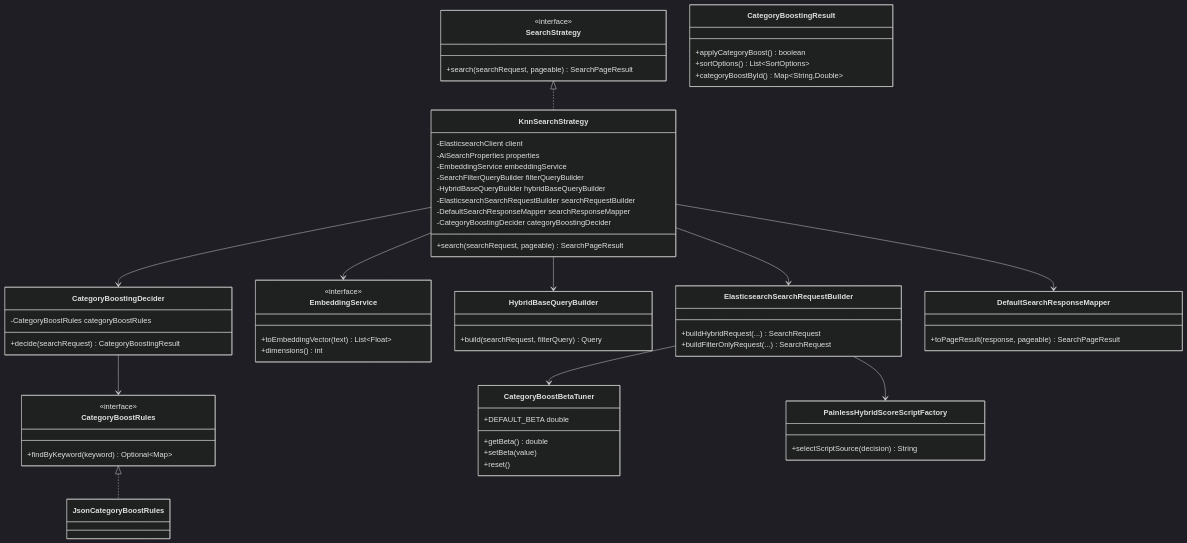
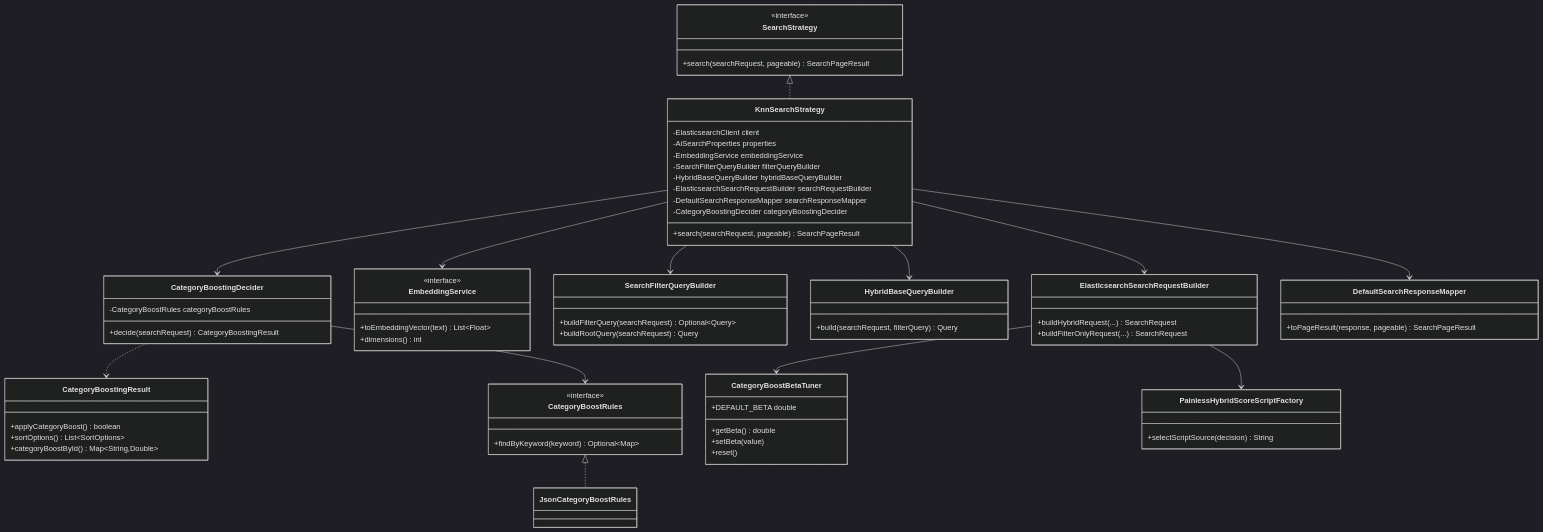
Before and after one commit to Justin-ad-Park/ai-search-gpt: the fifth of 6 diagrams in docs/12.카테고리_부스팅_코드설명.md, drawn with Mermaid (dark theme). The commit also changed other lines of this file, not shown here.

Commit message:
09-2.카테고리부스팅 교육자료 다이어그램으로 업데이트2

````diff
--- a/docs/12.카테고리_부스팅_코드설명.md
+++ b/docs/12.카테고리_부스팅_코드설명.md
@@ -131,6 +154,11 @@
       +dimensions() int
     }
 
+    class SearchFilterQueryBuilder {
+      +buildFilterQuery(searchRequest) Optional~Query~
+      +buildRootQuery(searchRequest) Query
+    }
+
     class HybridBaseQueryBuilder {
       +build(searchRequest, filterQuery) Query
     }
@@ -153,11 +181,13 @@
 
     KnnSearchStrategy --> CategoryBoostingDecider
     KnnSearchStrategy --> EmbeddingService
+    KnnSearchStrategy --> SearchFilterQueryBuilder
     KnnSearchStrategy --> HybridBaseQueryBuilder
     KnnSearchStrategy --> ElasticsearchSearchRequestBuilder
     KnnSearchStrategy --> DefaultSearchResponseMapper
 
     CategoryBoostingDecider --> CategoryBoostRules
+    CategoryBoostingDecider ..> CategoryBoostingResult
     ElasticsearchSearchRequestBuilder --> CategoryBoostBetaTuner
     ElasticsearchSearchRequestBuilder --> PainlessHybridScoreScriptFactory
 ```
````
